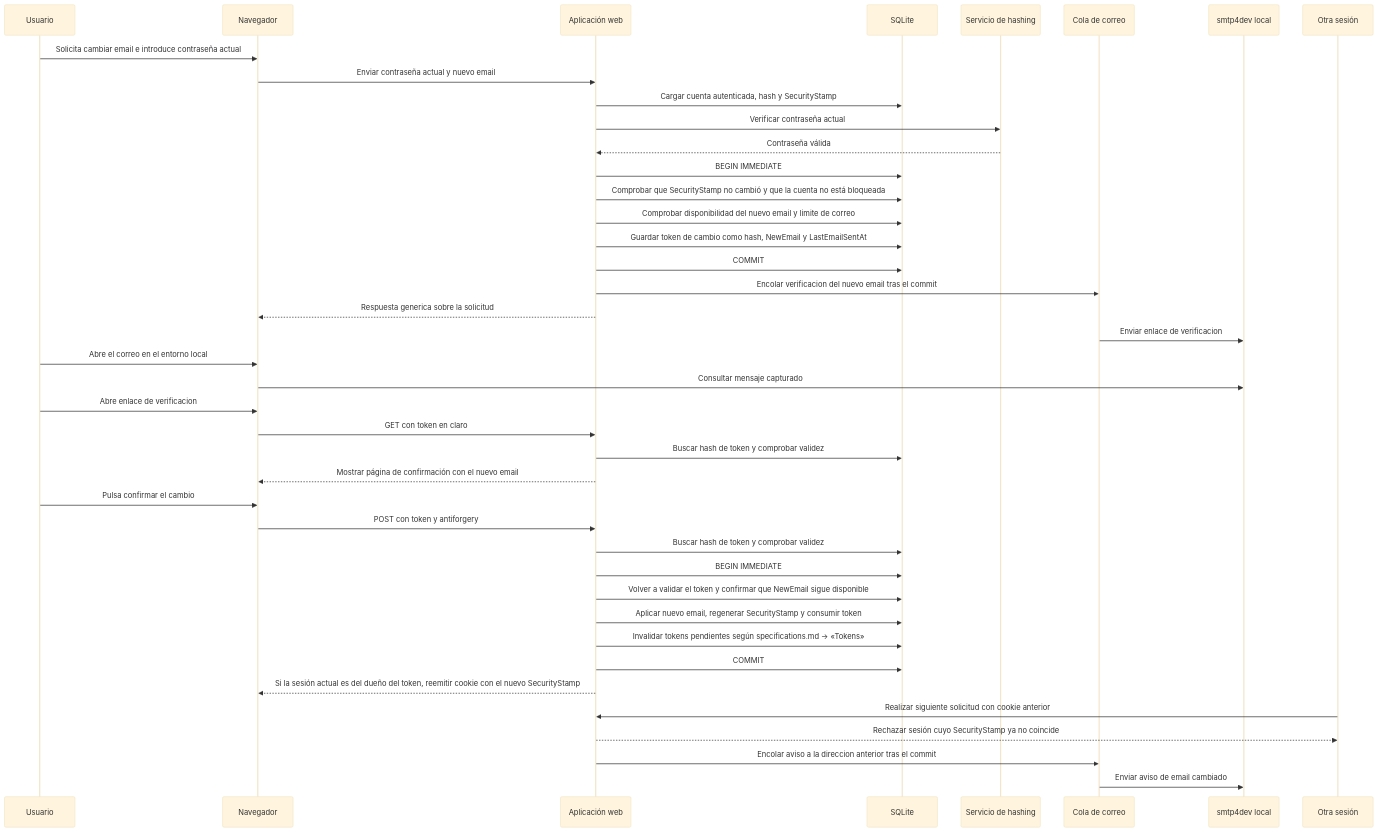
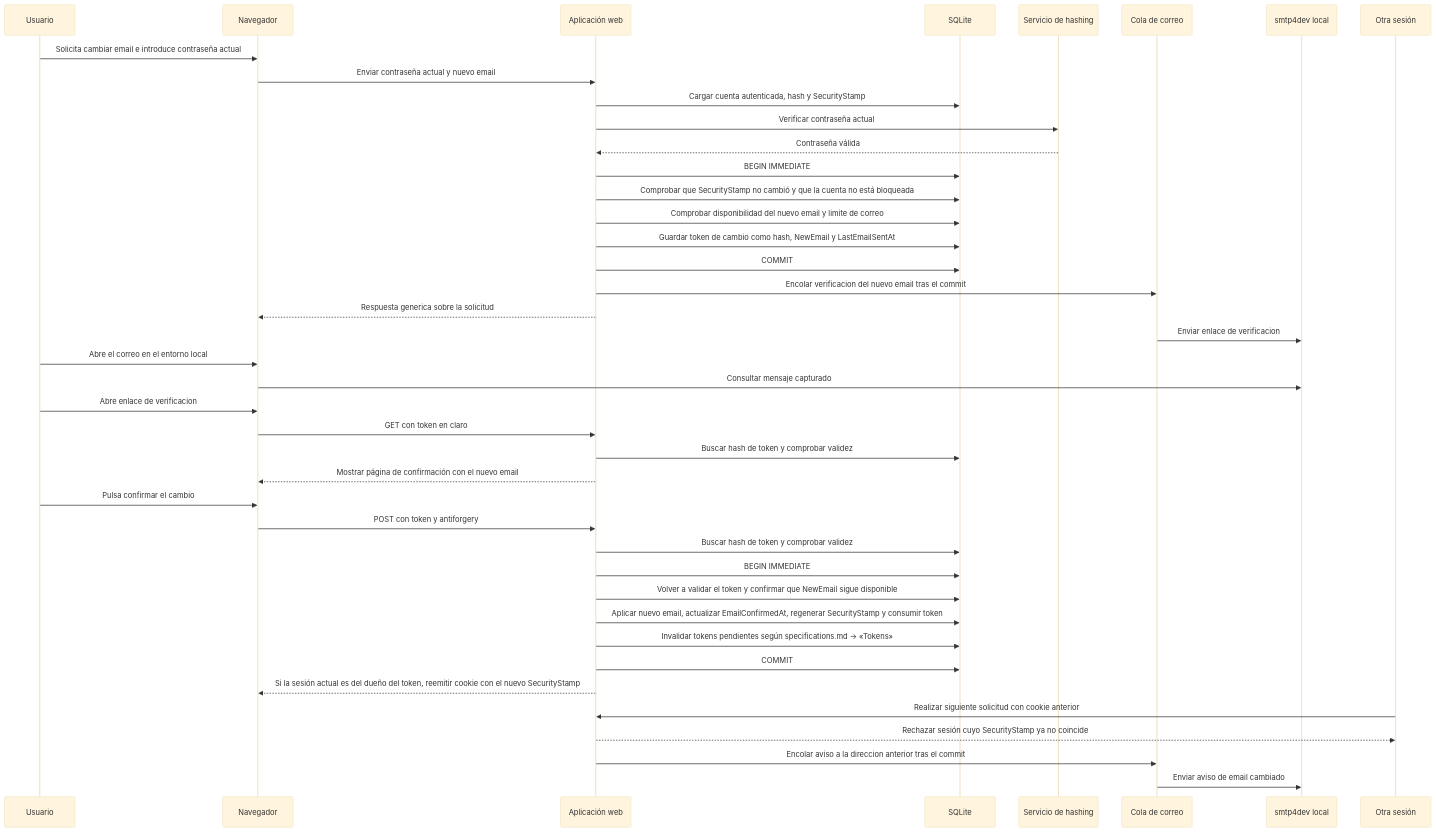
The diagram in context/diagrams/account-email-change-sequence.md (DaveSoftDev/Linkubator), drawn with Mermaid (base theme) before and after one commit. The commit also changed 298 other files, not shown here.

````diff
--- a/context/diagrams/account-email-change-sequence.md
+++ b/context/diagrams/account-email-change-sequence.md
@@ -5,44 +5,44 @@
 ```mermaid
 sequenceDiagram
     participant User as Usuario
     participant Browser as Navegador
     participant App as Aplicación web
     participant DB as SQLite
     participant Hasher as Servicio de hashing
     participant MailQueue as Cola de correo
     participant SMTP as smtp4dev local
     participant OtherSession as Otra sesión
 
     User->>Browser: Solicita cambiar email e introduce contraseña actual
     Browser->>App: Enviar contraseña actual y nuevo email
     App->>DB: Cargar cuenta autenticada, hash y SecurityStamp
     App->>Hasher: Verificar contraseña actual
     Hasher-->>App: Contraseña válida
     App->>DB: BEGIN IMMEDIATE
     App->>DB: Comprobar que SecurityStamp no cambió y que la cuenta no está bloqueada
     App->>DB: Comprobar disponibilidad del nuevo email y limite de correo
     App->>DB: Guardar token de cambio como hash, NewEmail y LastEmailSentAt
     App->>DB: COMMIT
     App->>MailQueue: Encolar verificacion del nuevo email tras el commit
     App-->>Browser: Respuesta generica sobre la solicitud
     MailQueue->>SMTP: Enviar enlace de verificacion
     User->>Browser: Abre el correo en el entorno local
     Browser->>SMTP: Consultar mensaje capturado
     User->>Browser: Abre enlace de verificacion
     Browser->>App: GET con token en claro
     App->>DB: Buscar hash de token y comprobar validez
     App-->>Browser: Mostrar página de confirmación con el nuevo email
     User->>Browser: Pulsa confirmar el cambio
     Browser->>App: POST con token y antiforgery
     App->>DB: Buscar hash de token y comprobar validez
     App->>DB: BEGIN IMMEDIATE
     App->>DB: Volver a validar el token y confirmar que NewEmail sigue disponible
-    App->>DB: Aplicar nuevo email, regenerar SecurityStamp y consumir token
+    App->>DB: Aplicar nuevo email, actualizar EmailConfirmedAt, regenerar SecurityStamp y consumir token
     App->>DB: Invalidar tokens pendientes según specifications.md → «Tokens»
     App->>DB: COMMIT
     App-->>Browser: Si la sesión actual es del dueño del token, reemitir cookie con el nuevo SecurityStamp
     OtherSession->>App: Realizar siguiente solicitud con cookie anterior
     App-->>OtherSession: Rechazar sesión cuyo SecurityStamp ya no coincide
     App->>MailQueue: Encolar aviso a la direccion anterior tras el commit
     MailQueue->>SMTP: Enviar aviso de email cambiado
 ```
````
